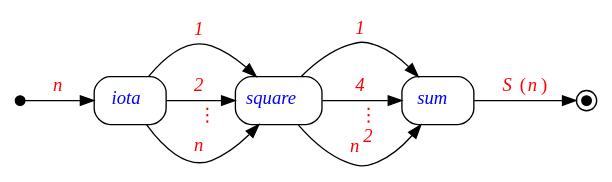
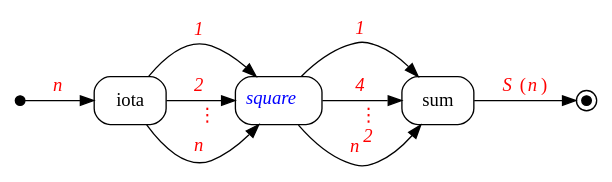
Before and after one commit to Framework-R-D/phlex-design: the diagram in doc/ch_preliminaries/unfold-transform-fold.gv, drawn with Graphviz. The commit also changed 24 other files, not shown here.

```diff
--- a/doc/ch_preliminaries/unfold-transform-fold.gv
+++ b/doc/ch_preliminaries/unfold-transform-fold.gv
@@ -1,40 +1,40 @@
 digraph {
   rankdir=LR
   node [shape="box", style="rounded"]
 
   start [shape="point", width=0.1]
   end [shape="point", width=0.1, peripheries=2]
-  iota [label=<<i><font color="blue">iota</font></i>>];
+  iota [label=<iota>];
   transform [label=<<i><font color="blue">square</font></i>>];
-  sum [label=<<i><font color="blue">sum</font></i>>];
+  sum [label=<sum>];
 
   start -> iota [label=<<table cellpadding="1" border="0" cellborder="0">
                           <tr><td><font color="red"><i>n</i></font></td></tr>
                         </table>>]
 
   iota -> transform [label=<<table cellpadding="1" border="0" cellborder="0">
                               <tr><td><font color="red"><i>1</i></font></td></tr>
                             </table>>]
   iota -> transform [label=<<table cellpadding="1" border="0" cellborder="0">
                               <tr><td><font color="red"><i>2</i></font></td></tr>
                              </table>>]
   iota -> transform [label=<<font color="red">⋮</font>>, penwidth=0, arrowhead=none]
   iota -> transform [label=<<table cellpadding="1" border="0" cellborder="0">
                               <tr><td><font color="red"><i>n</i></font></td></tr>
                             </table>>]
 
   transform -> sum [label=<<table cellpadding="1" border="0" cellborder="0">
                              <tr><td><font color="red"><i>1</i></font></td></tr>
                            </table>>]
   transform -> sum [label=<<table cellpadding="1" border="0" cellborder="0">
                              <tr><td><font color="red"><i>4</i></font></td></tr>
                            </table>>]
   transform -> sum [label=<<font color="red">⋮</font>>, penwidth=0, arrowhead=none]
   transform -> sum [label=<<table cellpadding="1" border="0" cellborder="0">
                              <tr><td><font color="red"><i>n<sup>2</sup></i></font></td></tr>
                            </table>>]
 
   sum -> end [label=<<table cellpadding="1" border="0" cellborder="0">
                         <tr><td><font color="red"><i>S&thinsp;</i>(<i>n</i>)</font></td></tr>
                       </table>>]
 }
```
